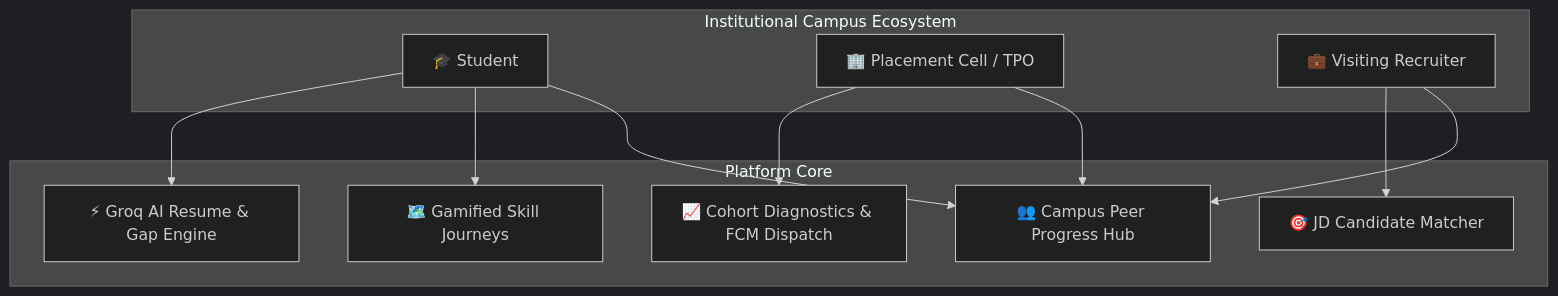
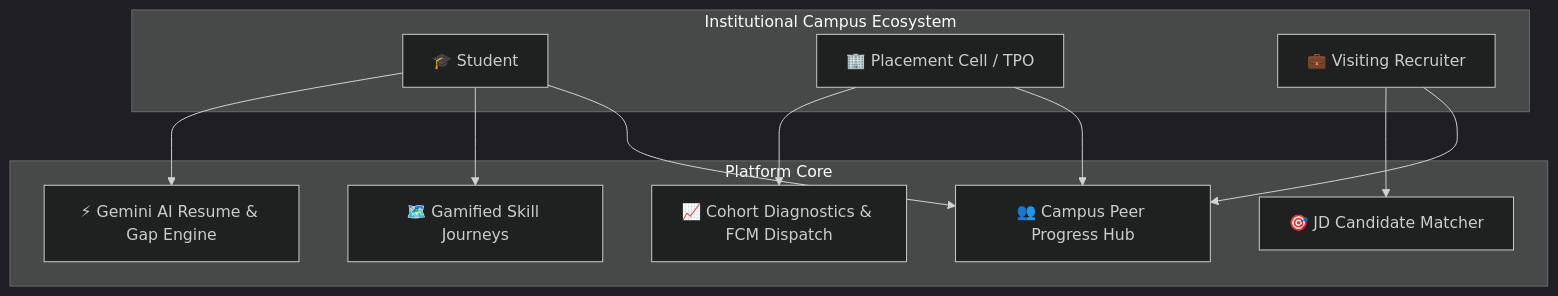
One commit to Sayan1776/campus-career-copilot changed the diagram in README.md. Above: the diagram before and after it, drawn with Mermaid (dark theme). The commit also changed other lines of this file and 25 other files, not shown here.

First line of the commit message:
feat: integrate AI resume builder with dedicated Gemini API key

````diff
--- a/README.md
+++ b/README.md
@@ -19,26 +19,26 @@
 ```mermaid
 graph TD
     subgraph Institutional Campus Ecosystem
         Student["🎓 Student"]
         TPO["🏢 Placement Cell / TPO"]
         Recruiter["💼 Visiting Recruiter"]
     end
 
     subgraph Platform Core
-        ResumeEngine["⚡ Groq AI Resume & Gap Engine"]
+        ResumeEngine["⚡ Gemini AI Resume & Gap Engine"]
         PeerHub["👥 Campus Peer Progress Hub"]
         Journeys["🗺️ Gamified Skill Journeys"]
         CohortView["📈 Cohort Diagnostics & FCM Dispatch"]
         MatchEngine["🎯 JD Candidate Matcher"]
     end
 
     Student --> ResumeEngine
     Student --> Journeys
     Student --> PeerHub
 
     TPO --> CohortView
     TPO --> PeerHub
 
     Recruiter --> MatchEngine
     Recruiter --> PeerHub
 ```
````
